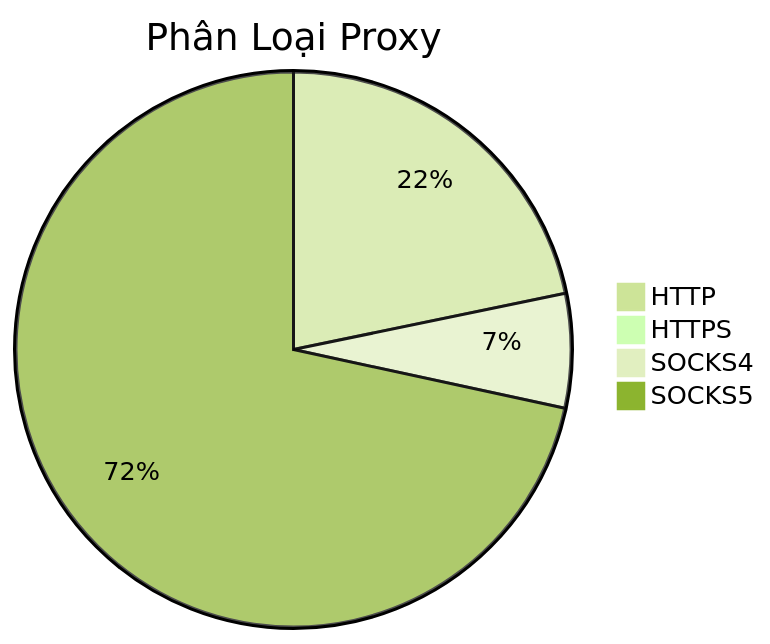
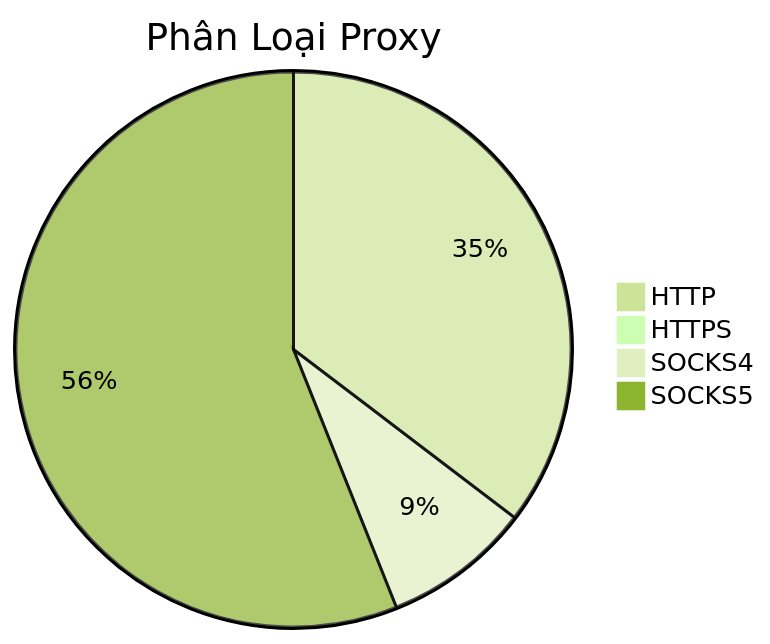
The diagram in README.md (Ciara-12/PROXY-free), drawn with Mermaid (forest theme) before and after one commit. The commit also changed other lines of this file and 3 other files, not shown here.

````diff
--- a/README.md
+++ b/README.md
@@ -26,7 +26,7 @@
 ```mermaid
 pie title Phân Loại Proxy
-    "HTTP" : 829
+    "HTTP" : 1170
     "HTTPS" : 0
-    "SOCKS4" : 253
-    "SOCKS5" : 2729
+    "SOCKS4" : 285
+    "SOCKS5" : 1855
 ```
````
